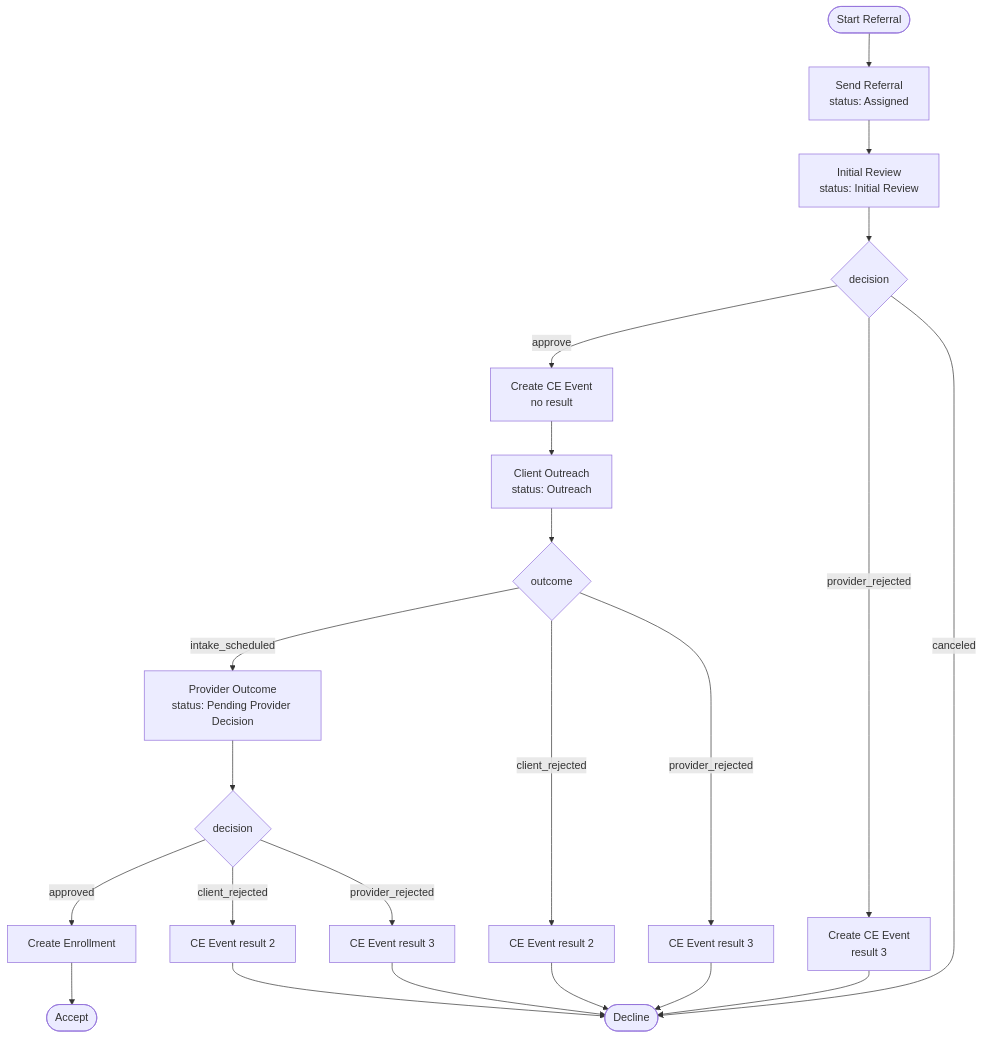
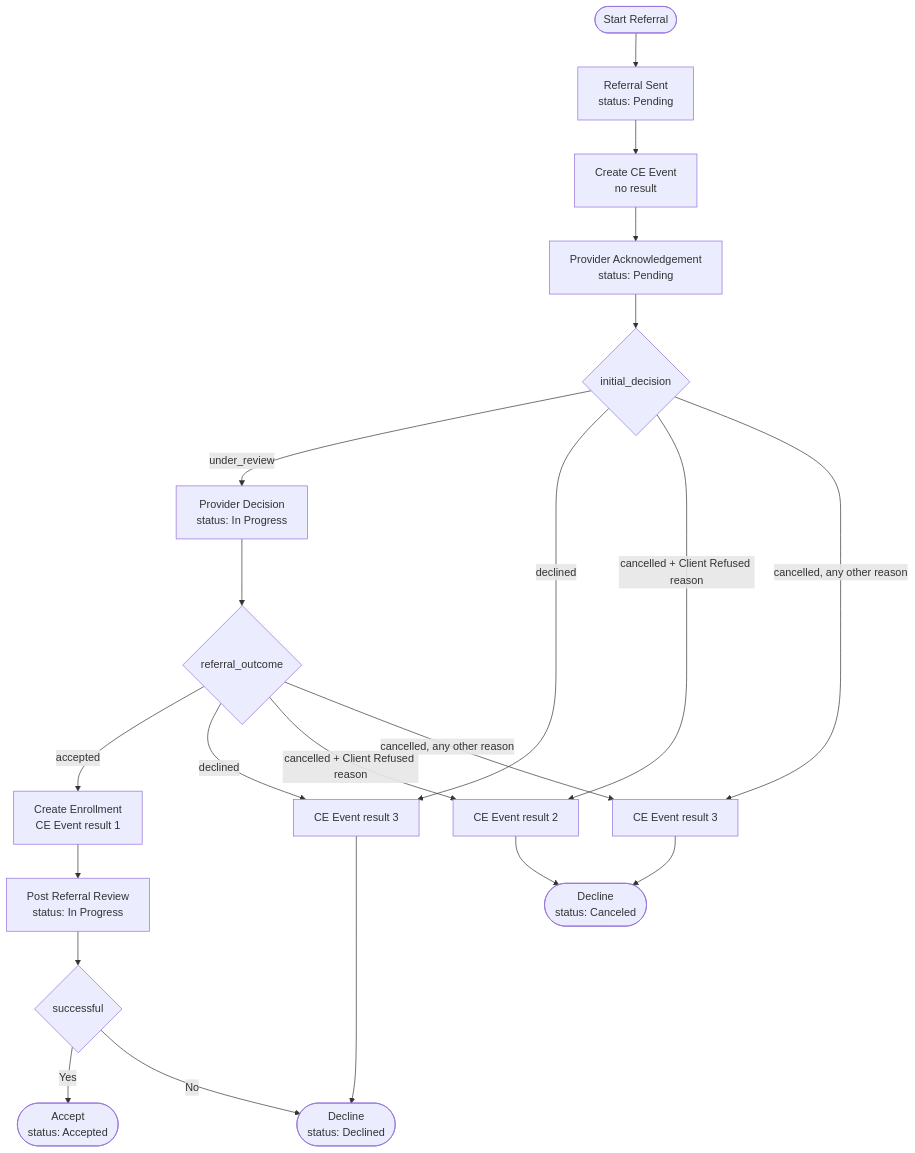
The diagram in drivers/hmis/lib/ce_workflows/az/README_FOR_AZ_CE_WORKFLOWS.md (greenriver/hmis-warehouse), drawn with Mermaid before and after one commit. The commit also changed other lines of this file and 11 other files, not shown here.

````diff
--- a/drivers/hmis/lib/ce_workflows/az/README_FOR_AZ_CE_WORKFLOWS.md
+++ b/drivers/hmis/lib/ce_workflows/az/README_FOR_AZ_CE_WORKFLOWS.md
@@ -36,24 +45,23 @@
 ```mermaid
 flowchart TD
-  start(["Start Referral"]) --> send["Send Referral\nstatus: Assigned"]
-  send --> review["Initial Review\nstatus: Initial Review"]
-  review --> gw2{"decision"}
-  gw2 -->|"approve"| createEvt["Create CE Event\nno result"]
-  gw2 -->|"provider_rejected"| createEvtDenied["Create CE Event\nresult 3"]
-  gw2 -->|"canceled"| decline(["Decline"])
-  createEvtDenied --> decline
-  createEvt --> outreach["Client Outreach\nstatus: Outreach"]
-  outreach --> gw3{"outcome"}
-  gw3 -->|"intake_scheduled"| providerOut["Provider Outcome\nstatus: Pending Provider Decision"]
-  gw3 -->|"client_rejected"| setRes2["CE Event result 2"]
-  gw3 -->|"provider_rejected"| setRes3["CE Event result 3"]
-  setRes2 --> decline
-  setRes3 --> decline
-  providerOut --> gw4{"decision"}
-  gw4 -->|"approved"| enroll["Create Enrollment"]
-  gw4 -->|"client_rejected"| setRes2b["CE Event result 2"]
-  gw4 -->|"provider_rejected"| setRes3b["CE Event result 3"]
-  enroll --> accept(["Accept"])
-  setRes2b --> decline
-  setRes3b --> decline
+  start(["Start Referral"]) --> send["Referral Sent<br/>status: Pending"]
+  send --> createEvt["Create CE Event<br/>no result"]
+  createEvt --> ack["Provider Acknowledgement<br/>status: Pending"]
+  ack --> gwAck{"initial_decision"}
+  gwAck -->|"under_review"| decision["Provider Decision<br/>status: In Progress"]
+  gwAck -->|"declined"| setRes3["CE Event result 3"]
+  gwAck -->|"cancelled + Client Refused reason"| setRes2["CE Event result 2"]
+  gwAck -->|"cancelled, any other reason"| setRes3c["CE Event result 3"]
+  decision --> gwDec{"referral_outcome"}
+  gwDec -->|"accepted"| enroll["Create Enrollment<br/>CE Event result 1"]
+  gwDec -->|"declined"| setRes3
+  gwDec -->|"cancelled + Client Refused reason"| setRes2
+  gwDec -->|"cancelled, any other reason"| setRes3c
+  enroll --> post["Post Referral Review<br/>status: In Progress"]
+  post --> gwPost{"successful"}
+  gwPost -->|"Yes"| accept(["Accept<br/>status: Accepted"])
+  gwPost -->|"No"| declined(["Decline<br/>status: Declined"])
+  setRes3 --> declined
+  setRes2 --> canceled(["Decline<br/>status: Canceled"])
+  setRes3c --> canceled
 ```
````
